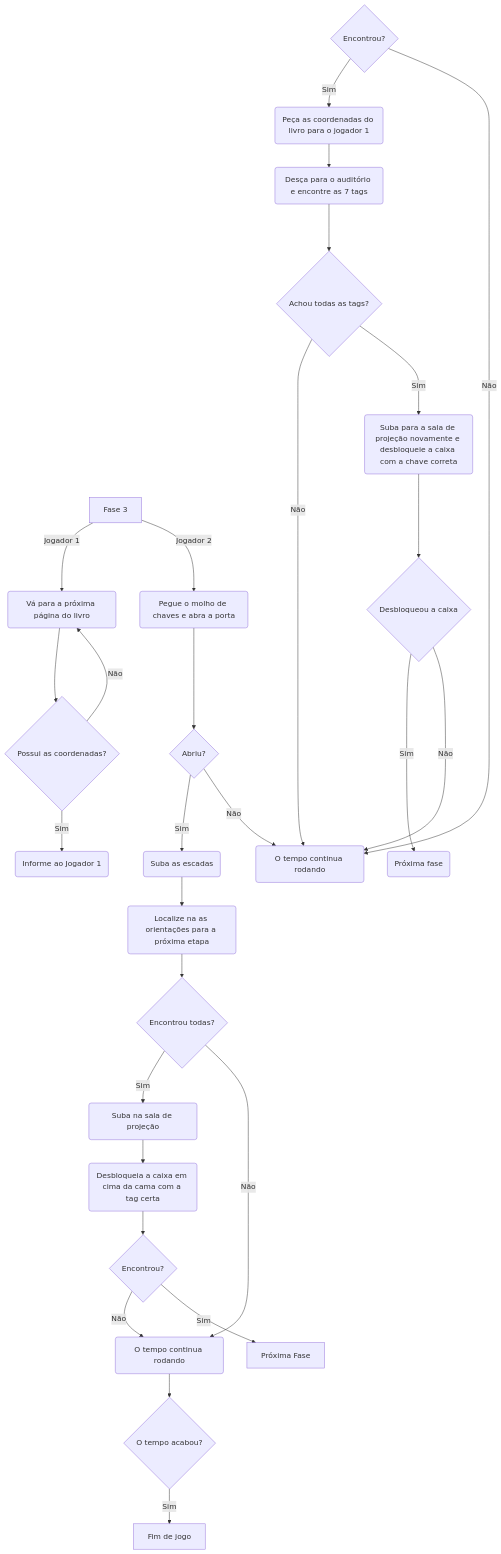
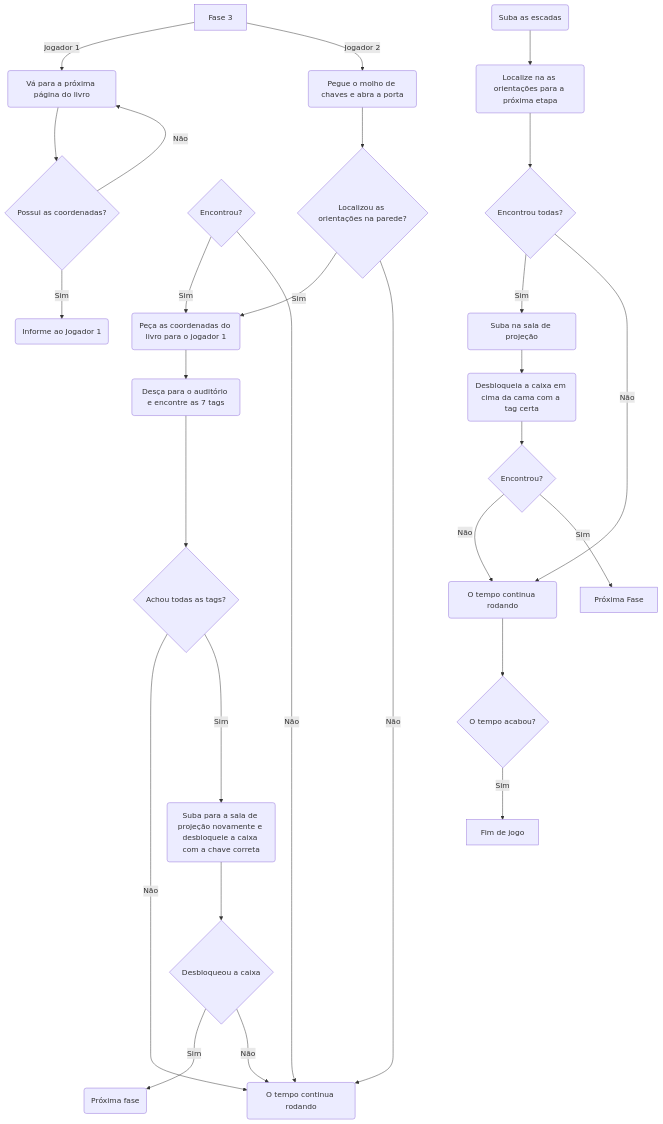
Before and after one commit to DinamicCreative/EscapeRoom: the fourth of 4 diagrams in README.md, drawn with Mermaid.

````diff
--- a/README.md
+++ b/README.md
@@ -110,39 +110,39 @@
 ```mermaid
 flowchart TD
   AA[Fase 3]
   AA --> |Jogador 1| BB(Vá para a próxima página do livro)
   AA --> |Jogador 2| CC(Pegue o molho de chaves e abra a porta)
-  CC --> DD{Abriu?}
+  CC --> DD{Localizou as orientações na parede?}
  
- DD --> |Sim| EE(Suba as escadas)
+ DD --> |Sim| LL
 DD --> |Não| HH
 
 
- EE --> JJ(Localize na as orientações para a próxima etapa)
+ EE(Suba as escadas) --> JJ(Localize na as orientações para a próxima etapa)
  KK{Encontrou?} --> |Sim| LL(Peça as coordenadas do livro para o jogador 1)
  LL --> AAA(Desça para o auditório e encontre as 7 tags)
  AAA ---> BBB{Achou todas as tags?}
  BBB ---> |Não| HH
  BBB ---> |Sim| CCC(Suba para a sala de projeção novamente e desbloqueie a caixa com a chave correta)
  CCC ---> DDD{Desbloqueou a caixa}
  DDD ---> |Sim| EEE(Próxima fase)
  DDD ---> |Não| HH
  KK --> |Não| HH(O tempo continua rodando)
 
 BB --> RR{Possui as coordenadas?}
 RR -->  |Sim| SS(Informe ao Jogador 1)
 RR -->  |Não| BB
 
 JJ --> UU{Encontrou todas?}
 UU --> |Sim|PP(Suba na sala de projeção)
 UU --> |Não| QQ(O tempo continua rodando)
   QQ --> VV{O tempo acabou?}
   VV --> |Sim| WW[Fim de jogo]
   
 
   PP --> ZZ(Desbloqueia a caixa em cima da cama com a tag certa)
   ZZ --> XX{Encontrou?}
   XX --> |Não|QQ
   XX --> |Sim| OO[Próxima Fase]
 
 ```
````
